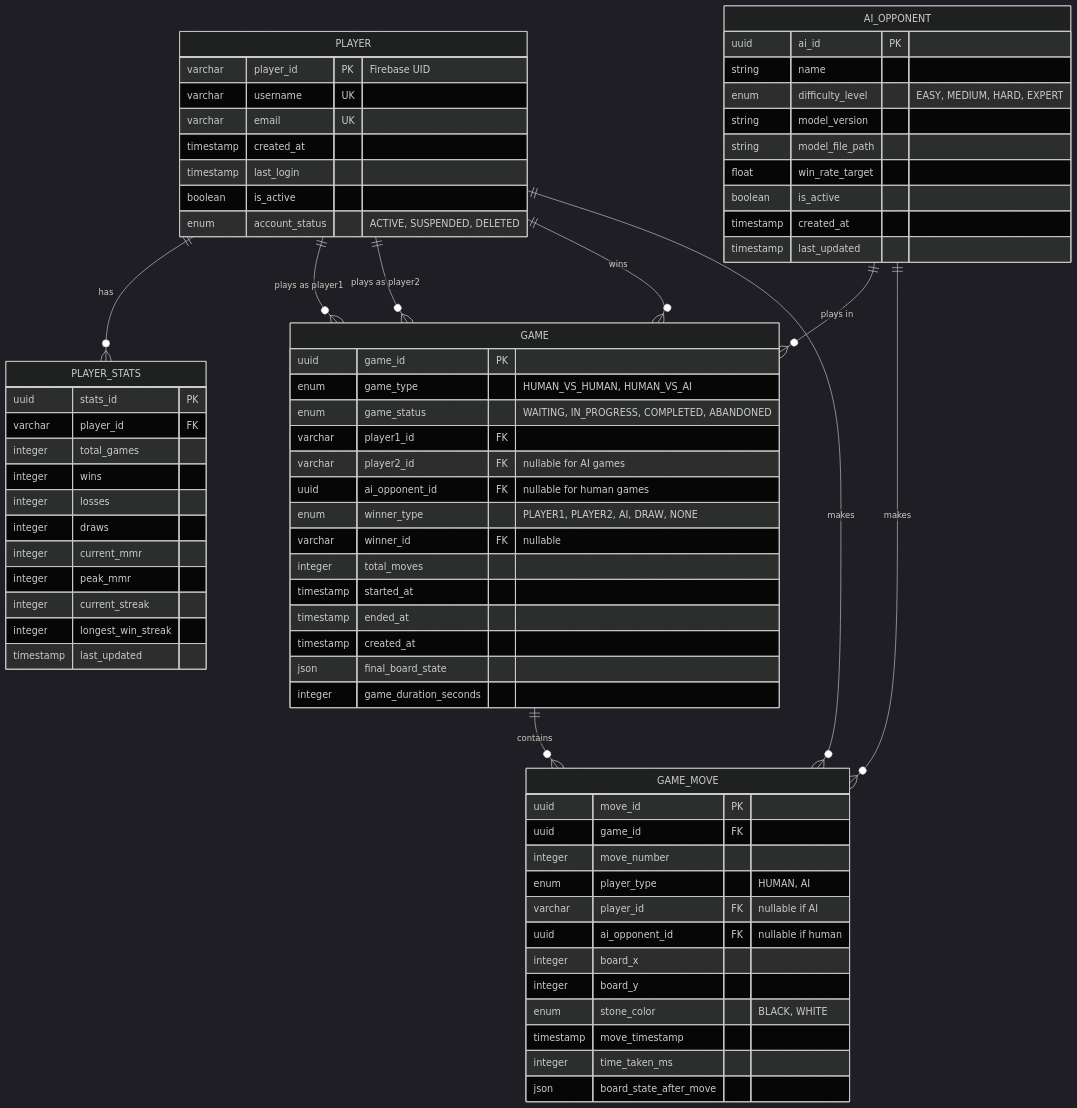
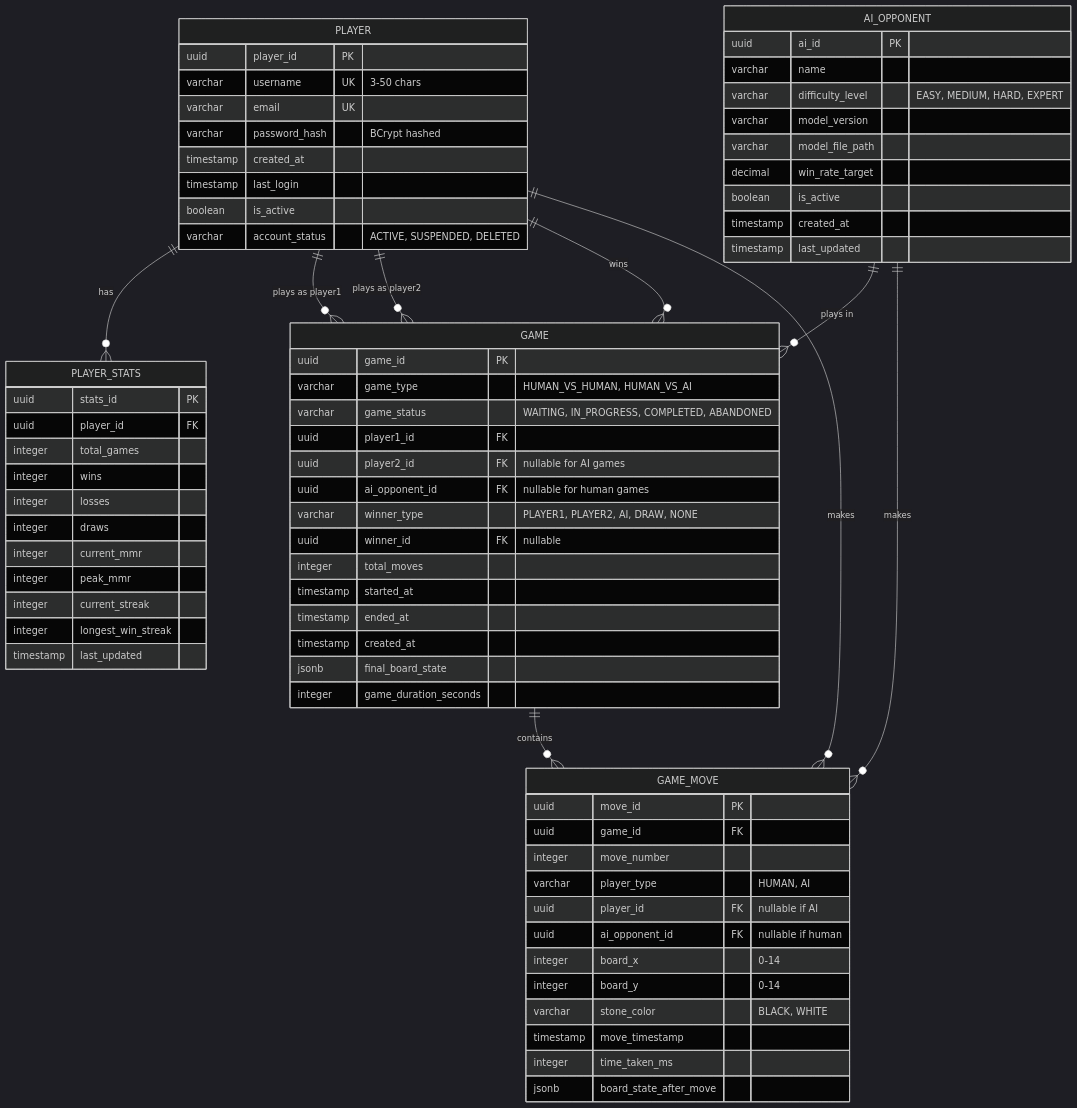
One commit to byuly/GomokuMatching changed the diagram in backend/src/main/java/com/gomokumatching/model/database.md. Above: the diagram before and after it, drawn with Mermaid (dark theme). The commit also changed other lines of this file, not shown here.

First line of the commit message:
Update database.md schema diagram for JWT authentication

````diff
--- a/backend/src/main/java/com/gomokumatching/model/database.md
+++ b/backend/src/main/java/com/gomokumatching/model/database.md
@@ -17,18 +17,19 @@
 ```mermaid
 erDiagram
     PLAYER {
-        varchar player_id PK "Firebase UID"
-        varchar username UK
+        uuid player_id PK
+        varchar username UK "3-50 chars"
         varchar email UK
+        varchar password_hash "BCrypt hashed"
         timestamp created_at
         timestamp last_login
         boolean is_active
-        enum account_status "ACTIVE, SUSPENDED, DELETED"
+        varchar account_status "ACTIVE, SUSPENDED, DELETED"
     }
 
     PLAYER_STATS {
         uuid stats_id PK
-        varchar player_id FK
+        uuid player_id FK
         integer total_games
         integer wins
         integer losses
@@ -42,11 +43,11 @@
 
     AI_OPPONENT {
         uuid ai_id PK
-        string name
-        enum difficulty_level "EASY, MEDIUM, HARD, EXPERT"
-        string model_version
-        string model_file_path
-        float win_rate_target
+        varchar name
+        varchar difficulty_level "EASY, MEDIUM, HARD, EXPERT"
+        varchar model_version
+        varchar model_file_path
+        decimal win_rate_target
         boolean is_active
         timestamp created_at
         timestamp last_updated
@@ -54,18 +55,18 @@
 
     GAME {
         uuid game_id PK
-        enum game_type "HUMAN_VS_HUMAN, HUMAN_VS_AI"
-        enum game_status "WAITING, IN_PROGRESS, COMPLETED, ABANDONED"
-        varchar player1_id FK
-        varchar player2_id FK "nullable for AI games"
+        varchar game_type "HUMAN_VS_HUMAN, HUMAN_VS_AI"
+        varchar game_status "WAITING, IN_PROGRESS, COMPLETED, ABANDONED"
+        uuid player1_id FK
+        uuid player2_id FK "nullable for AI games"
         uuid ai_opponent_id FK "nullable for human games"
-        enum winner_type "PLAYER1, PLAYER2, AI, DRAW, NONE"
-        varchar winner_id FK "nullable"
+        varchar winner_type "PLAYER1, PLAYER2, AI, DRAW, NONE"
+        uuid winner_id FK "nullable"
         integer total_moves
         timestamp started_at
         timestamp ended_at
         timestamp created_at
-        json final_board_state
+        jsonb final_board_state
         integer game_duration_seconds
     }
 
@@ -73,15 +74,15 @@
         uuid move_id PK
         uuid game_id FK
         integer move_number
-        enum player_type "HUMAN, AI"
-        varchar player_id FK "nullable if AI"
+        varchar player_type "HUMAN, AI"
+        uuid player_id FK "nullable if AI"
         uuid ai_opponent_id FK "nullable if human"
-        integer board_x
-        integer board_y
-        enum stone_color "BLACK, WHITE"
+        integer board_x "0-14"
+        integer board_y "0-14"
+        varchar stone_color "BLACK, WHITE"
         timestamp move_timestamp
         integer time_taken_ms
-        json board_state_after_move
+        jsonb board_state_after_move
     }
 
     %% Relationships
````
